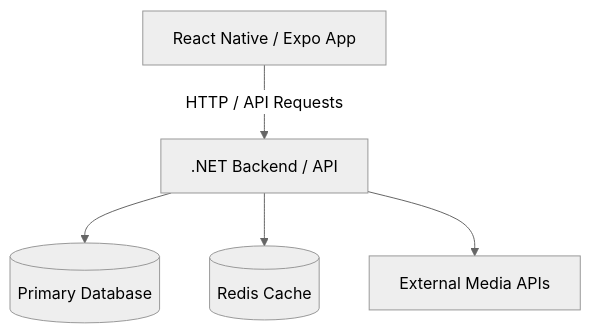
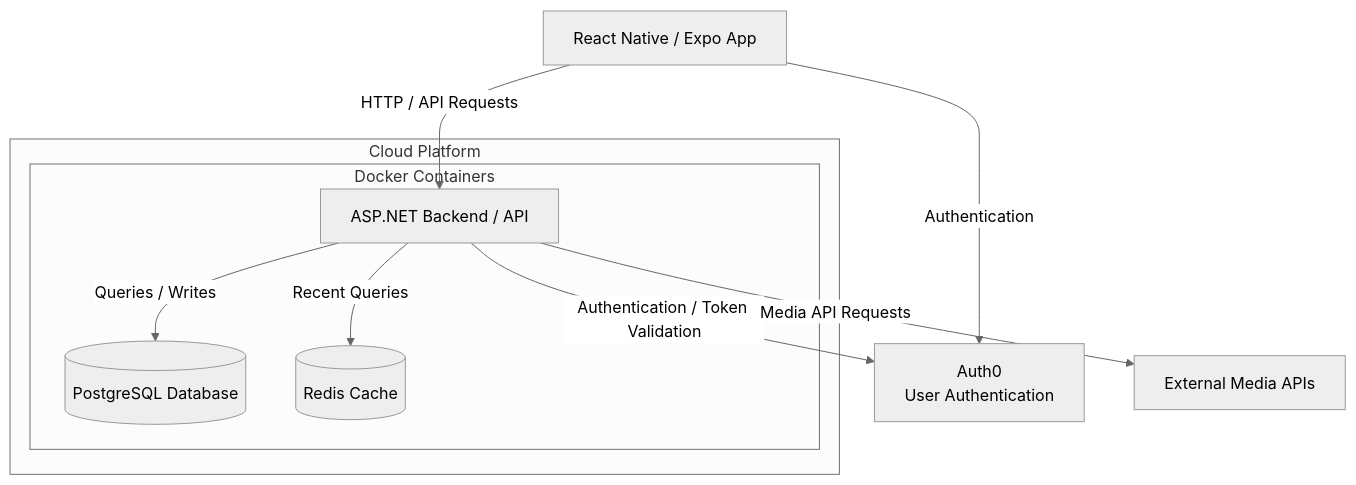
The diagram in Docs/sprint0.md (ArionKennedy/COMP4350Project), drawn with Mermaid (neutral theme) before and after one commit. The commit also changed other lines of this file, not shown here.

Commit message:
Revise technology stack and architecture details
Updated technology stack details including frontend, backend, database, caching, and authentication services. Revised architecture diagram to reflect changes in components.

````diff
--- a/Docs/sprint0.md
+++ b/Docs/sprint0.md
@@ -136,13 +143,22 @@
 ```mermaid
 flowchart TD
     A[React Native / Expo App]
-    B[.NET Backend / API]
-    C[(Primary Database)]
-    D[(Redis Cache)]
-    E[External Media APIs]
+
+    subgraph Cloud["Cloud Platform"]
+        subgraph Docker["Docker Containers"]
+            B[ASP.NET Backend / API]
+            C[(PostgreSQL Database)]
+            D[(Redis Cache)]
+        end
+    end
+
+    E[Auth0<br/>User Authentication]
+    F[External Media APIs]
 
     A -->|HTTP / API Requests| B
-    B --> C
-    B --> D
-    B --> E
+    B -->|Queries / Writes| C
+    B -->|Recent Queries| D
+    A -->|Authentication| E
+    B -->|Authentication / Token Validation| E
+    B -->|Media API Requests| F
 ```
````
